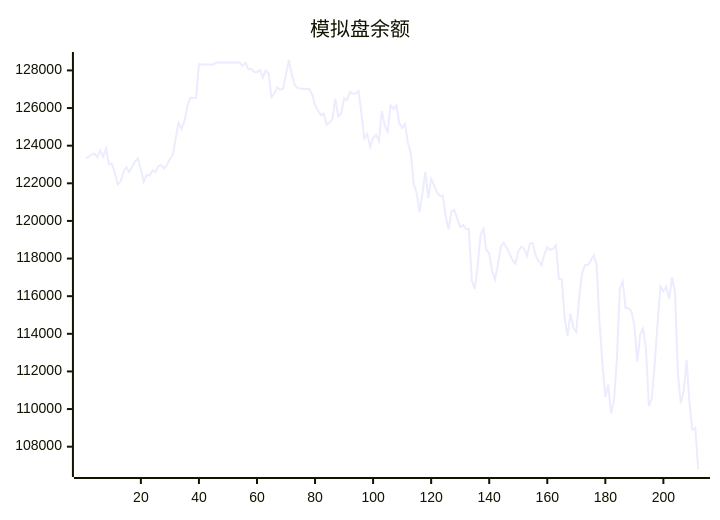
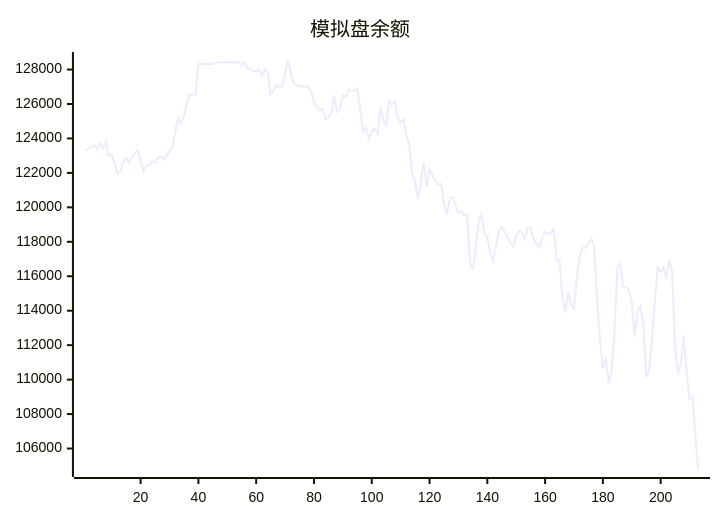
Before and after one commit to aahl/ai-trading: the diagram in README.md, drawn with Mermaid. The commit also changed other lines of this file and 1 other file, not shown here.

````diff
--- a/README.md
+++ b/README.md
@@ -5,5 +5,5 @@
 ```mermaid
 xychart
     title "模拟盘余额"
-    line [123338,123402,123530,123592,123378,123745,123413,123853,123009,123040,122557,121938,122095,122599,122856,122597,122898,123160,123319,122719,122087,122454,122416,122685,122592,122907,122961,122776,122981,123295,123507,124403,125224,124894,125303,126088,126544,126534,126549,128335,128318,128318,128318,128318,128318,128424,128424,128424,128424,128424,128424,128424,128424,128424,128247,128412,128062,128087,127917,127901,128026,127611,128000,127850,126572,126770,127100,126971,127029,127783,128554,127765,127224,127064,127044,127009,127025,127004,126738,126152,125871,125635,125707,125117,125217,125420,126480,125545,125715,126511,126424,126856,126764,126788,126890,125710,124381,124632,123936,124402,124574,124256,125833,125070,124739,126154,125966,126145,125213,124943,125143,124157,123604,121959,121476,120476,121470,122610,121201,122221,121889,121522,121332,121344,120232,119559,120513,120577,120108,119680,119777,119572,119568,116839,116392,117573,119250,119585,118469,118277,117338,116897,117706,118628,118849,118579,118280,117926,117735,118373,118639,118544,118136,118798,118819,118162,117874,117649,118215,118601,118463,118517,118713,116911,116899,114798,113887,115084,114313,114091,115934,117221,117658,117658,117883,118164,117693,114632,112403,110644,111313,109777,110444,112673,116419,116772,115355,115355,115198,114476,112510,113954,114276,113223,110151,110561,112361,114562,116522,116265,116500,115845,117000,116199,111887,110306,110942,112588,110318,108891,109011,106814]
+    line [123338,123402,123530,123592,123378,123745,123413,123853,123009,123040,122557,121938,122095,122599,122856,122597,122898,123160,123319,122719,122087,122454,122416,122685,122592,122907,122961,122776,122981,123295,123507,124403,125224,124894,125303,126088,126544,126534,126549,128335,128318,128318,128318,128318,128318,128424,128424,128424,128424,128424,128424,128424,128424,128424,128247,128412,128062,128087,127917,127901,128026,127611,128000,127850,126572,126770,127100,126971,127029,127783,128554,127765,127224,127064,127044,127009,127025,127004,126738,126152,125871,125635,125707,125117,125217,125420,126480,125545,125715,126511,126424,126856,126764,126788,126890,125710,124381,124632,123936,124402,124574,124256,125833,125070,124739,126154,125966,126145,125213,124943,125143,124157,123604,121959,121476,120476,121470,122610,121201,122221,121889,121522,121332,121344,120232,119559,120513,120577,120108,119680,119777,119572,119568,116839,116392,117573,119250,119585,118469,118277,117338,116897,117706,118628,118849,118579,118280,117926,117735,118373,118639,118544,118136,118798,118819,118162,117874,117649,118215,118601,118463,118517,118713,116911,116899,114798,113887,115084,114313,114091,115934,117221,117658,117658,117883,118164,117693,114632,112403,110644,111313,109777,110444,112673,116419,116772,115355,115355,115198,114476,112510,113954,114276,113223,110151,110561,112361,114562,116522,116265,116500,115845,117000,116199,111887,110306,110942,112588,110318,108891,109011,106814,104811]
 ```
````
